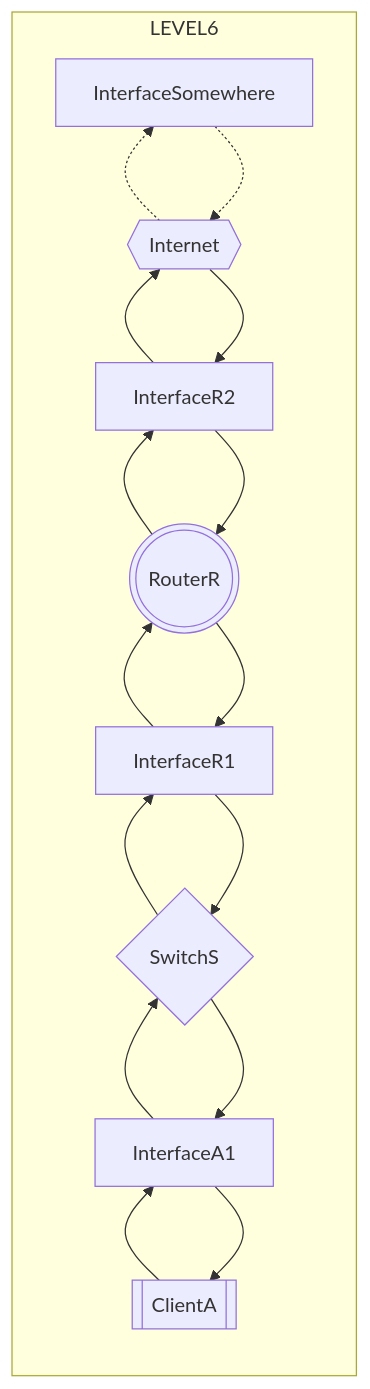
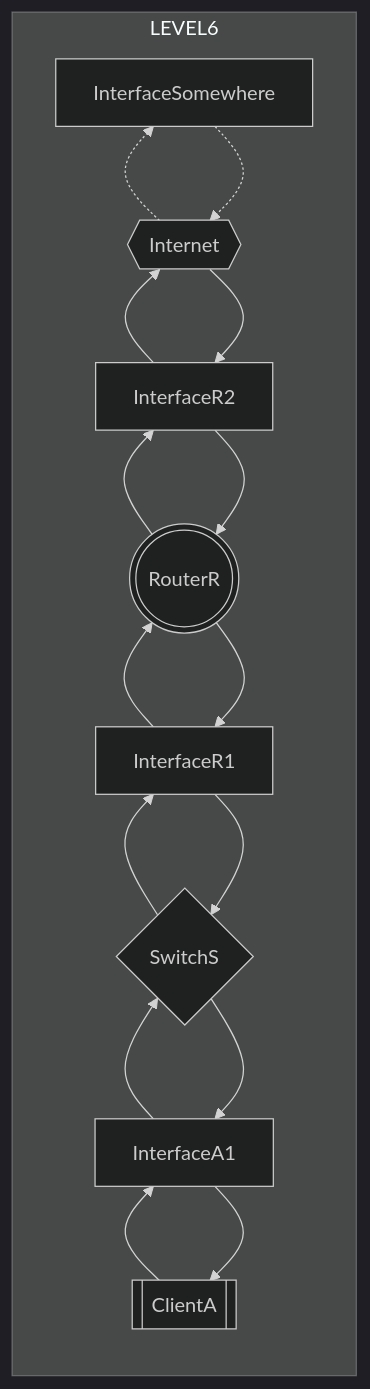
One commit to rikeda-cloud/net_practice changed the first of 2 diagrams in level6.md. Above: the diagram before and after it, drawn with Mermaid. The commit also changed other lines of this file and 9 other files, not shown here.

````diff
--- a/level6.md
+++ b/level6.md
@@ -13,21 +11,17 @@
 ```mermaid
+%%{init:{'theme': 'dark'}}%%
 flowchart
 subgraph LEVEL6
     direction BT
     CA[[ClientA]]
     RR(((RouterR)))
     IA[InterfaceA1]
     IR1[InterfaceR1]
     IR2[InterfaceR2]
     IS[InterfaceSomewhere]
     S{SwitchS}
     NET{{Internet}}
-    CA-->IA-->CA
-    IA-->S-->IA
-    IR1-->S-->IR1
-    IR1-->RR-->IR1
-    RR-->IR2-->RR
-    IR2-->NET-->IR2
-    NET-.->IS-.->NET
+    CA-->IA-->S-->IR1-->RR-->IR2-->NET-.->IS
+    IS-.->NET-->IR2-->RR-->IR1-->S-->IA-->CA
 end
 ```
````
